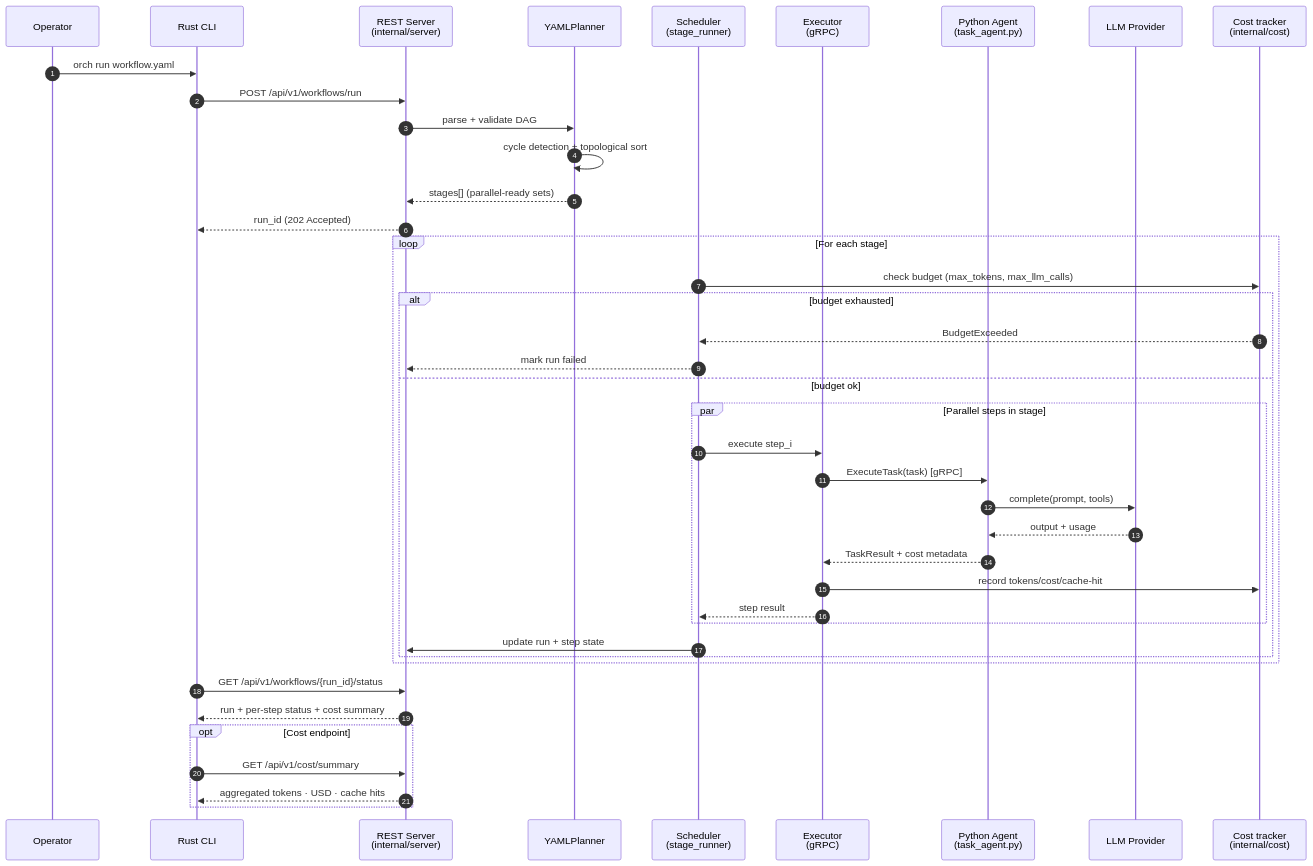
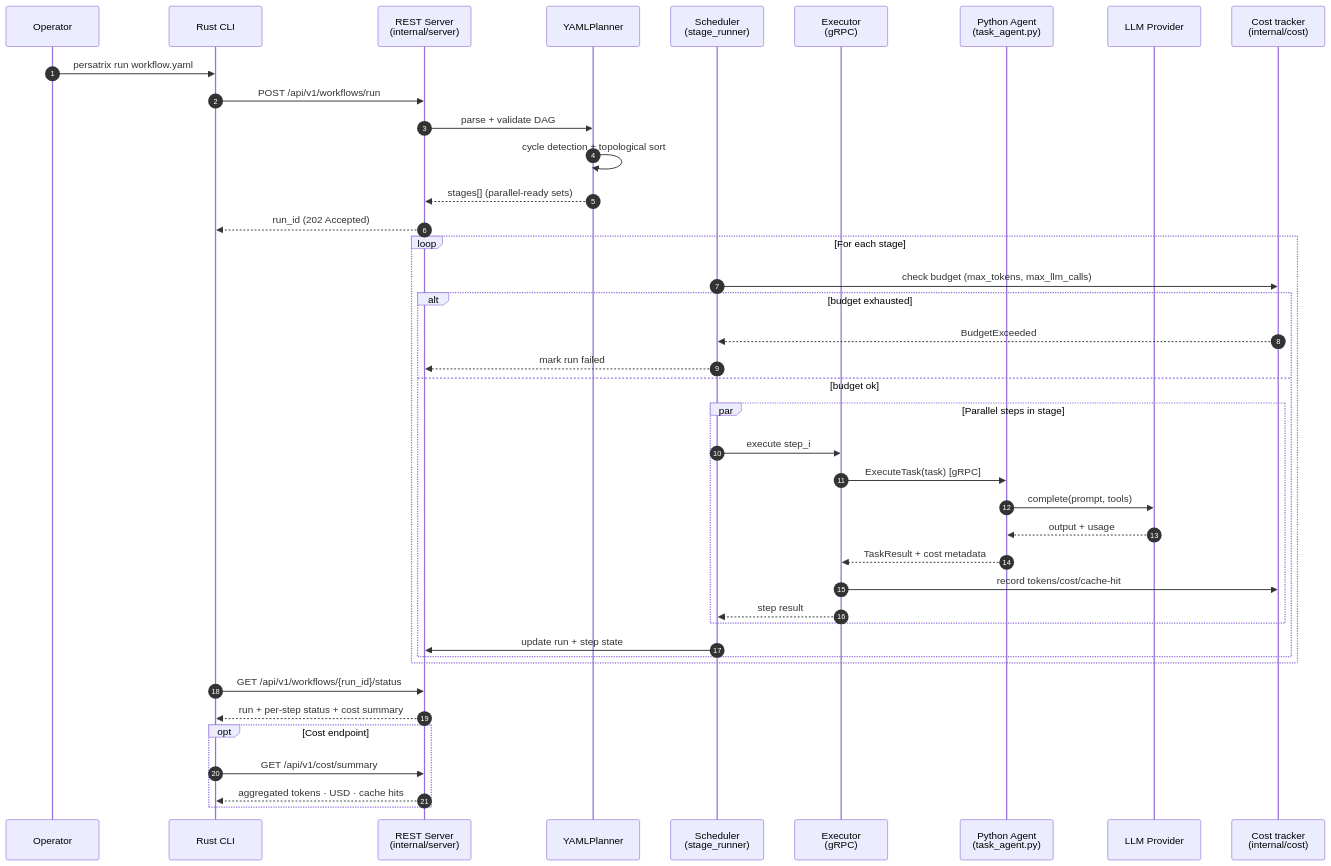
One commit to mkhomutov/Persatrix changed the diagram in docs/diagrams/workflow-execution.md. Above: the diagram before and after it, drawn with Mermaid. The commit also changed 28 other files, not shown here.

First line of the commit message:
feat(cli): add `persatrix chat` command and rename binary (RFC 0016 PR 5/7) (#125)

````diff
--- a/docs/diagrams/workflow-execution.md
+++ b/docs/diagrams/workflow-execution.md
@@ -8,46 +8,46 @@
 ```mermaid
 sequenceDiagram
     autonumber
     participant User as Operator
     participant CLI as Rust CLI
     participant Srv as REST Server<br/>(internal/server)
     participant Plan as YAMLPlanner
     participant Sched as Scheduler<br/>(stage_runner)
     participant Exec as Executor<br/>(gRPC)
     participant Agent as Python Agent<br/>(task_agent.py)
     participant LLM as LLM Provider
     participant Cost as Cost tracker<br/>(internal/cost)
 
-    User->>CLI: orch run workflow.yaml
+    User->>CLI: persatrix run workflow.yaml
     CLI->>Srv: POST /api/v1/workflows/run
     Srv->>Plan: parse + validate DAG
     Plan->>Plan: cycle detection + topological sort
     Plan-->>Srv: stages[] (parallel-ready sets)
     Srv-->>CLI: run_id (202 Accepted)
 
     loop For each stage
         Sched->>Cost: check budget (max_tokens, max_llm_calls)
         alt budget exhausted
             Cost-->>Sched: BudgetExceeded
             Sched-->>Srv: mark run failed
         else budget ok
             par Parallel steps in stage
                 Sched->>Exec: execute step_i
                 Exec->>Agent: ExecuteTask(task) [gRPC]
                 Agent->>LLM: complete(prompt, tools)
                 LLM-->>Agent: output + usage
                 Agent-->>Exec: TaskResult + cost metadata
                 Exec->>Cost: record tokens/cost/cache-hit
                 Exec-->>Sched: step result
             end
             Sched->>Srv: update run + step state
         end
     end
 
     CLI->>Srv: GET /api/v1/workflows/{run_id}/status
     Srv-->>CLI: run + per-step status + cost summary
     opt Cost endpoint
         CLI->>Srv: GET /api/v1/cost/summary
         Srv-->>CLI: aggregated tokens · USD · cache hits
     end
 ```
````
